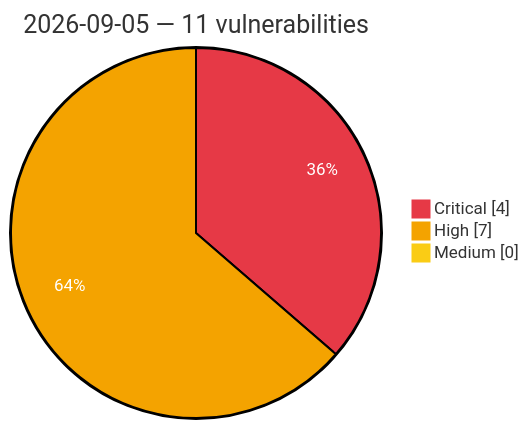
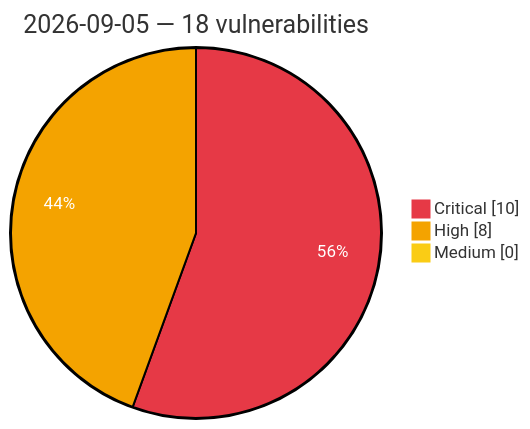
The diagram in vulnerabilities/2026/September/2026-09-05.md (GhostX0X/vuln-tracker), drawn with Mermaid before and after one commit. The commit also changed other lines of this file and 5 other files, not shown here.

Commit message:
Auto update: critical/high vulns (2026-09-05 12:05 UTC)

````diff
--- a/vulnerabilities/2026/September/2026-09-05.md
+++ b/vulnerabilities/2026/September/2026-09-05.md
@@ -3,8 +3,8 @@
 ```mermaid
 %%{init: {'theme':'base', 'themeVariables': {'pie1':'#e63946', 'pie2':'#f4a300', 'pie3':'#facc15', 'pieOpacity':'1', 'pieOuterStrokeWidth':'2px', 'pieSectionTextColor':'#ffffff'}}}%%
 pie showData
-    title 2026-09-05 — 11 vulnerabilities
-    "Critical" : 4
-    "High" : 7
+    title 2026-09-05 — 18 vulnerabilities
+    "Critical" : 10
+    "High" : 8
     "Medium" : 0
 ```
````
